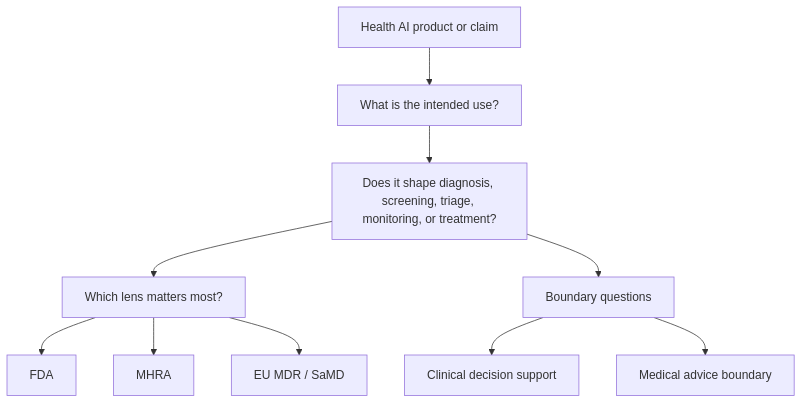
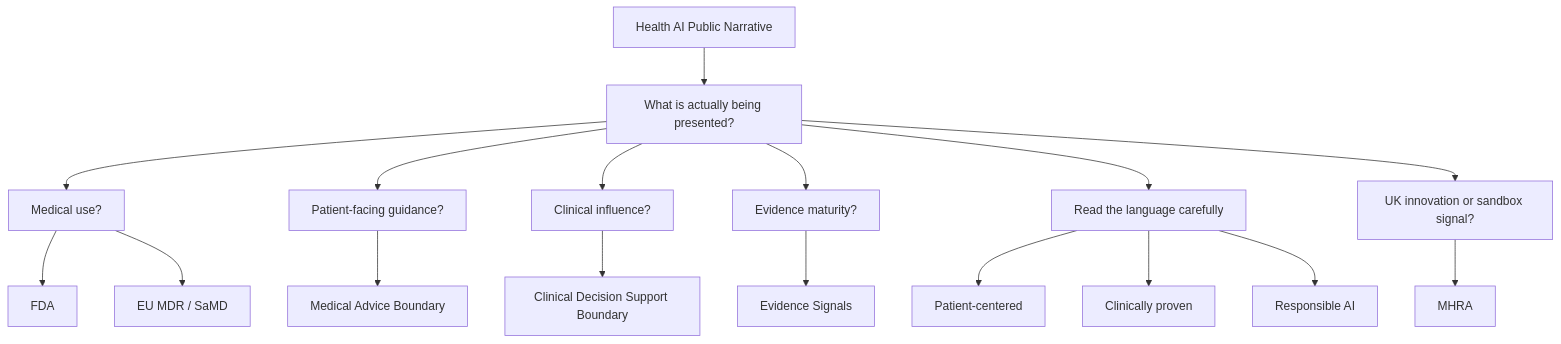
Before and after one commit to MedSentinel/health-ai-regulatory-map: the diagram in README.md, drawn with Mermaid.

Commit message:
Refine README diagram around public narrative framing

````diff
--- a/README.md
+++ b/README.md
@@ -68,12 +68,19 @@
 ```mermaid
 flowchart TD
-    A["Health AI product or claim"] --> B["What is the intended use?"]
-    B --> C["Does it shape diagnosis, screening, triage, monitoring, or treatment?"]
-    C --> D["Which lens matters most?"]
-    D --> E["FDA"]
-    D --> F["MHRA"]
-    D --> G["EU MDR / SaMD"]
-    C --> H["Boundary questions"]
-    H --> I["Clinical decision support"]
-    H --> J["Medical advice boundary"]
+    A["Health AI Public Narrative"] --> B["What is actually being presented?"]
+    B --> C["Medical use?"]
+    B --> D["Patient-facing guidance?"]
+    B --> E["Clinical influence?"]
+    B --> F["Evidence maturity?"]
+    C --> G["FDA"]
+    C --> H["EU MDR / SaMD"]
+    D --> I["Medical Advice Boundary"]
+    E --> J["Clinical Decision Support Boundary"]
+    F --> K["Evidence Signals"]
+    B --> L["Read the language carefully"]
+    L --> M["Patient-centered"]
+    L --> N["Clinically proven"]
+    L --> O["Responsible AI"]
+    B --> P["UK innovation or sandbox signal?"]
+    P --> Q["MHRA"]
 ```
````
